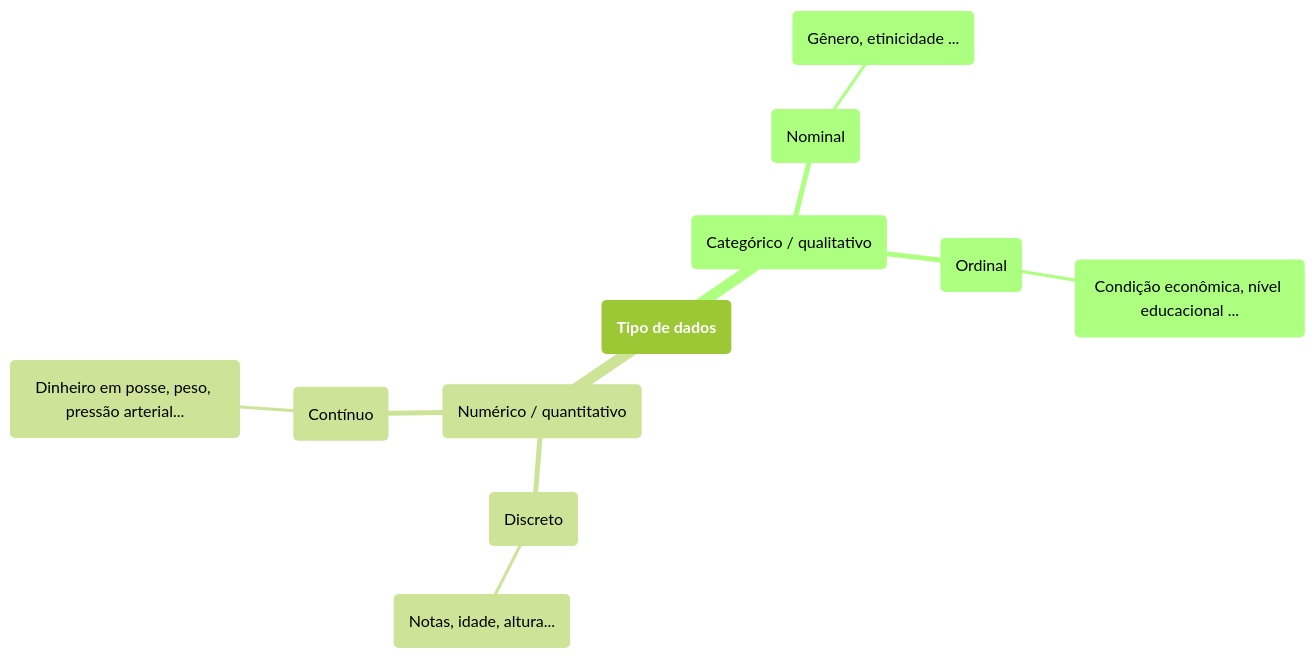
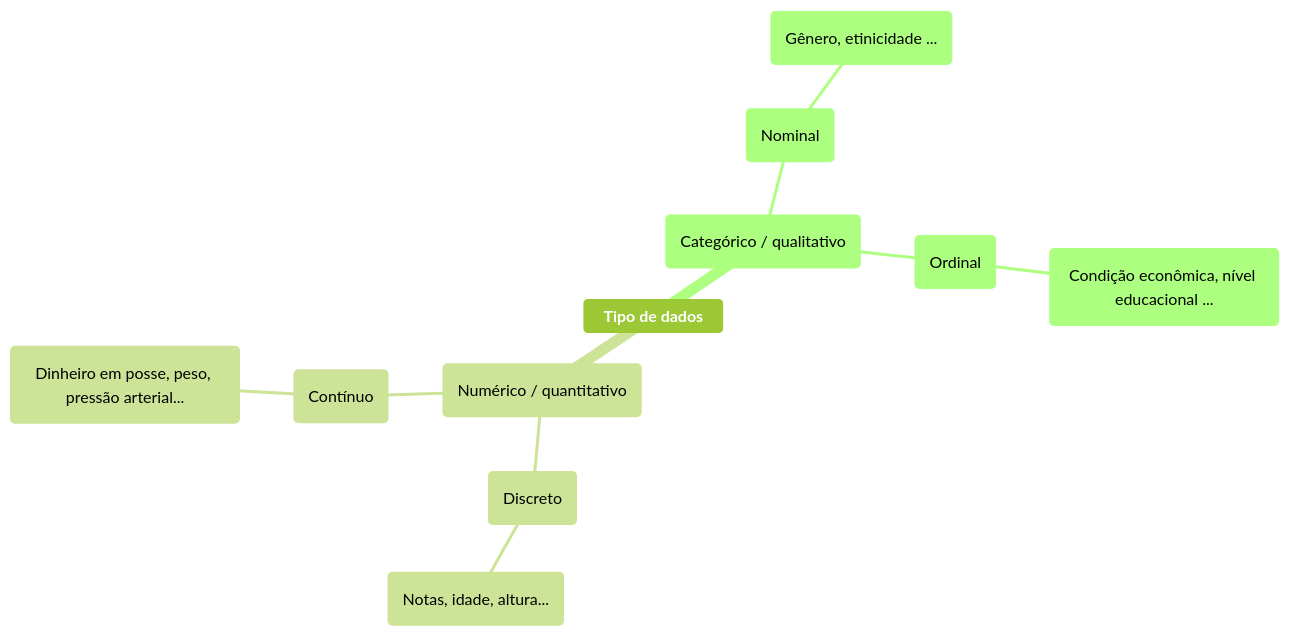
The second of 2 diagrams in Statistics/Introduction to Statistics & Data Analysis: 3rd Edition/README.md (MarvinSilcGit/Learning), drawn with Mermaid (forest theme) before and after one commit. The commit also changed other lines of this file, not shown here.

````diff
--- a/Statistics/Introduction to Statistics & Data Analysis: 3rd Edition/README.md
+++ b/Statistics/Introduction to Statistics & Data Analysis: 3rd Edition/README.md
@@ -109,14 +110,14 @@
 ```mermaid
 mindmap
-  (**Tipo de dados**)
+**Tipo de dados**
     (Categórico / qualitativo)
       (Nominal)
         (Gênero, etinicidade ...)
       (Ordinal)
         (Condição econômica, nível educacional ...)
     (Numérico / quantitativo)
       (Discreto)
         (Notas, idade, altura...)
       (Contínuo)
         (Dinheiro em posse, peso, pressão arterial...)
 ```
````
